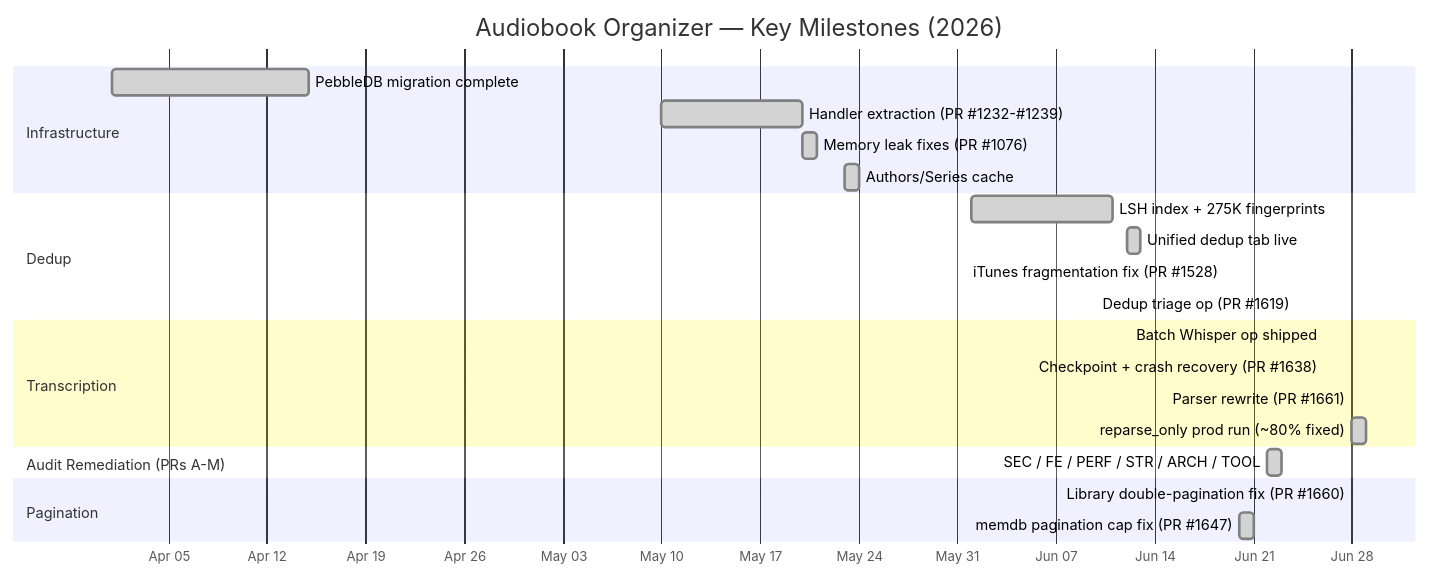
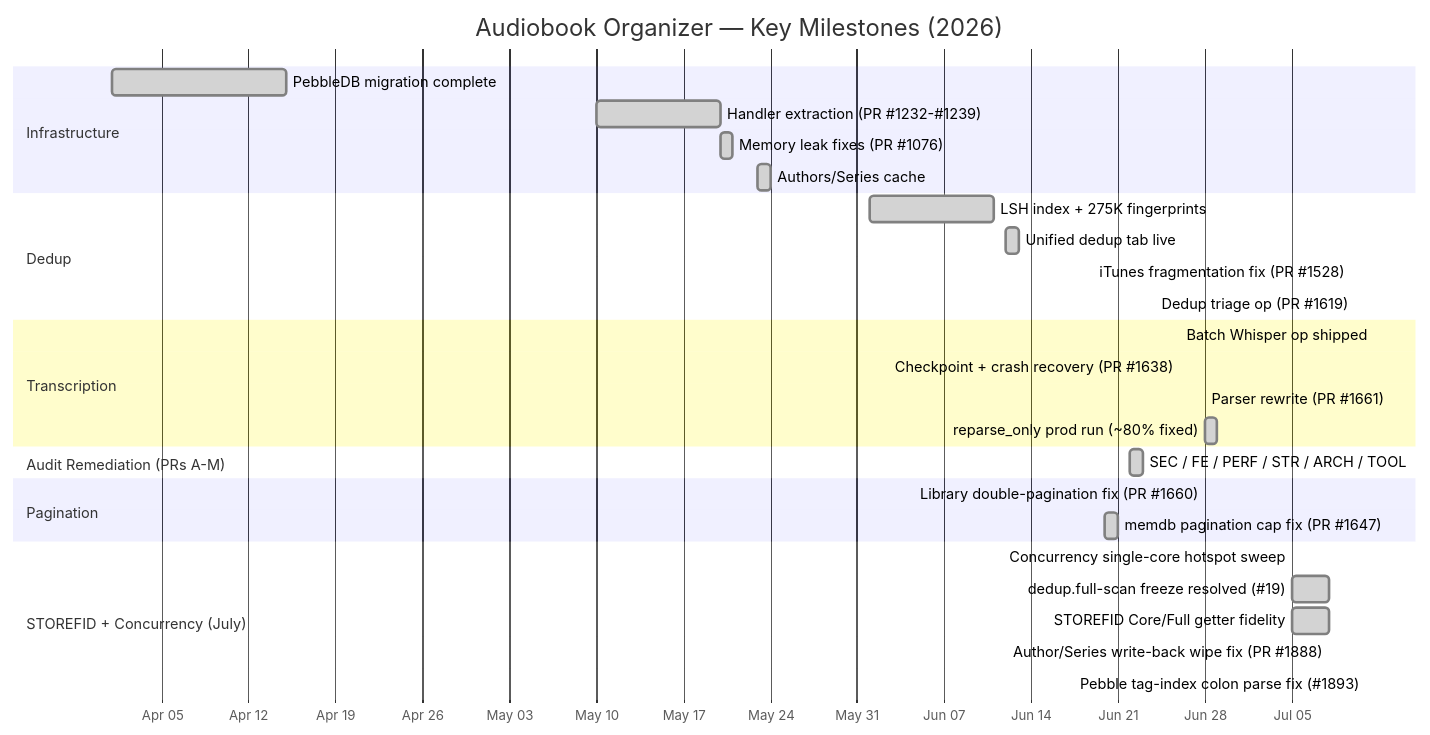
The diagram in docs/system/incidents.md (falkcorp/audiobook-organizer), drawn with Mermaid before and after one commit. The commit also changed other lines of this file and 3 other files, not shown here.

````diff
--- a/docs/system/incidents.md
+++ b/docs/system/incidents.md
@@ -99,31 +138,38 @@
 ```mermaid
 gantt
     title Audiobook Organizer — Key Milestones (2026)
     dateFormat YYYY-MM-DD
     axisFormat %b %d
 
     section Infrastructure
     PebbleDB migration complete          :done, 2026-04-01, 2026-04-15
     Handler extraction (PR #1232-#1239)  :done, 2026-05-10, 2026-05-20
     Memory leak fixes (PR #1076)         :done, 2026-05-20, 2026-05-21
     Authors/Series cache                 :done, 2026-05-23, 2026-05-24
 
     section Dedup
     LSH index + 275K fingerprints        :done, 2026-06-01, 2026-06-11
     Unified dedup tab live               :done, 2026-06-12, 2026-06-13
     iTunes fragmentation fix (PR #1528)  :done, 2026-06-19, 2026-06-19
     Dedup triage op (PR #1619)           :done, 2026-06-24, 2026-06-24
 
     section Transcription
     Batch Whisper op shipped             :done, 2026-06-26, 2026-06-26
     Checkpoint + crash recovery (PR #1638) :done, 2026-06-26, 2026-06-26
     Parser rewrite (PR #1661)            :done, 2026-06-28, 2026-06-28
     reparse_only prod run (~80% fixed)   :done, 2026-06-28, 2026-06-29
 
     section Audit Remediation (PRs A-M)
     SEC / FE / PERF / STR / ARCH / TOOL :done, 2026-06-22, 2026-06-23
 
     section Pagination
     Library double-pagination fix (PR #1660) :done, 2026-06-28, 2026-06-28
     memdb pagination cap fix (PR #1647)  :done, 2026-06-20, 2026-06-21
+
+    section STOREFID + Concurrency (July)
+    Concurrency single-core hotspot sweep :done, 2026-07-05, 2026-07-05
+    dedup.full-scan freeze resolved (#19) :done, 2026-07-05, 2026-07-08
+    STOREFID Core/Full getter fidelity   :done, 2026-07-05, 2026-07-08
+    Author/Series write-back wipe fix (PR #1888) :done, 2026-07-08, 2026-07-08
+    Pebble tag-index colon parse fix (#1893) :done, 2026-07-11, 2026-07-11
 ```
````
